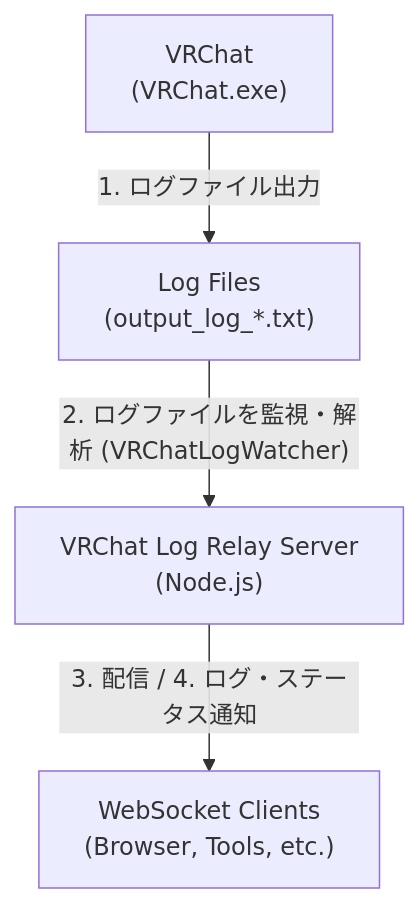
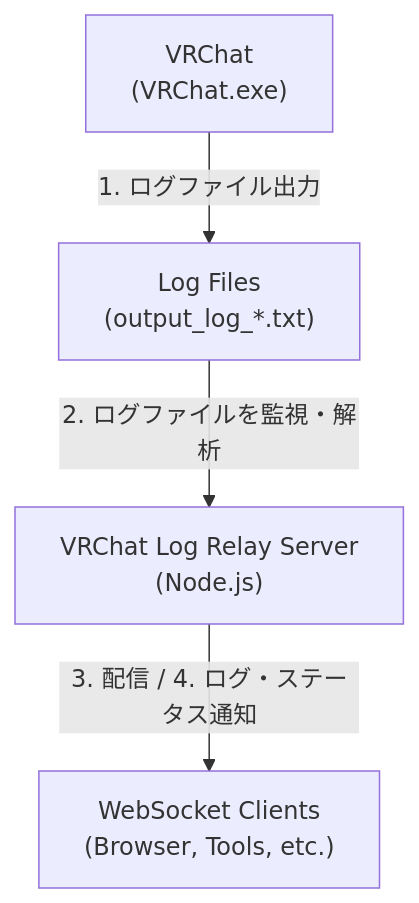
One commit to kurotori4423/vrc-log-relay-server changed the diagram in README.md. Above: the diagram before and after it, drawn with Mermaid.

Commit message:
fix: システム構成図の矢印表現を修正し、ログファイル出力からRelayServerへの流れを明確化

````diff
--- a/README.md
+++ b/README.md
@@ -31,11 +31,11 @@
 ```mermaid
 graph TD
     VRChat["VRChat<br>(VRChat.exe)"]
     LogFiles["Log Files<br>(output_log_*.txt)"]
     RelayServer["VRChat Log Relay Server<br>(Node.js)"]
     Clients["WebSocket Clients<br>(Browser, Tools, etc.)"]
 
-    VRChat -- "1. ログファイル出力" --> LogFiles
-    LogFiles -- "2. ログファイルを監視・解析 (VRChatLogWatcher)" --> RelayServer
-    RelayServer -- "3. 配信 / 4. ログ・ステータス通知" --> Clients
+    VRChat-->|1. ログファイル出力|LogFiles
+    LogFiles-->|2. ログファイルを監視・解析|RelayServer
+    RelayServer-->|3. 配信 / 4. ログ・ステータス通知|Clients
 ```
````
